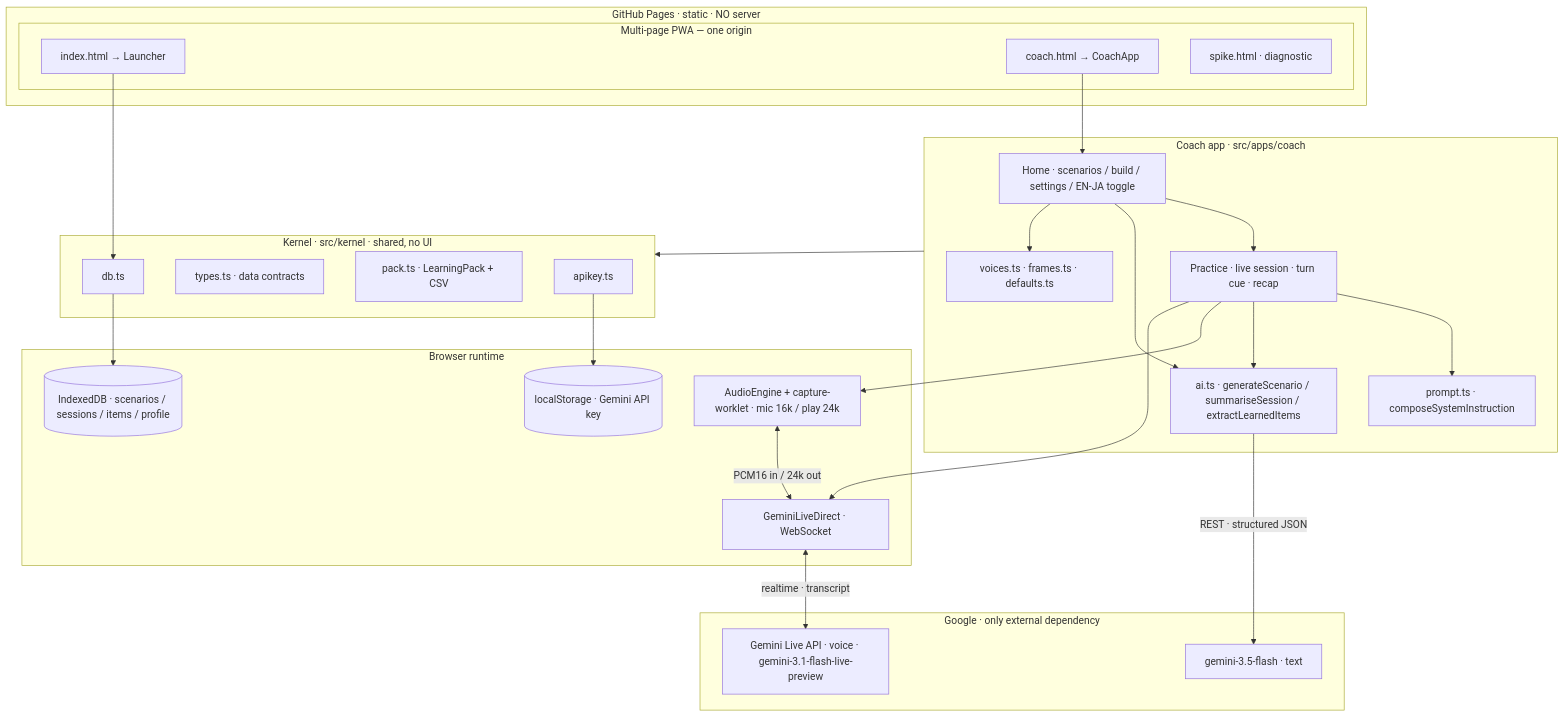
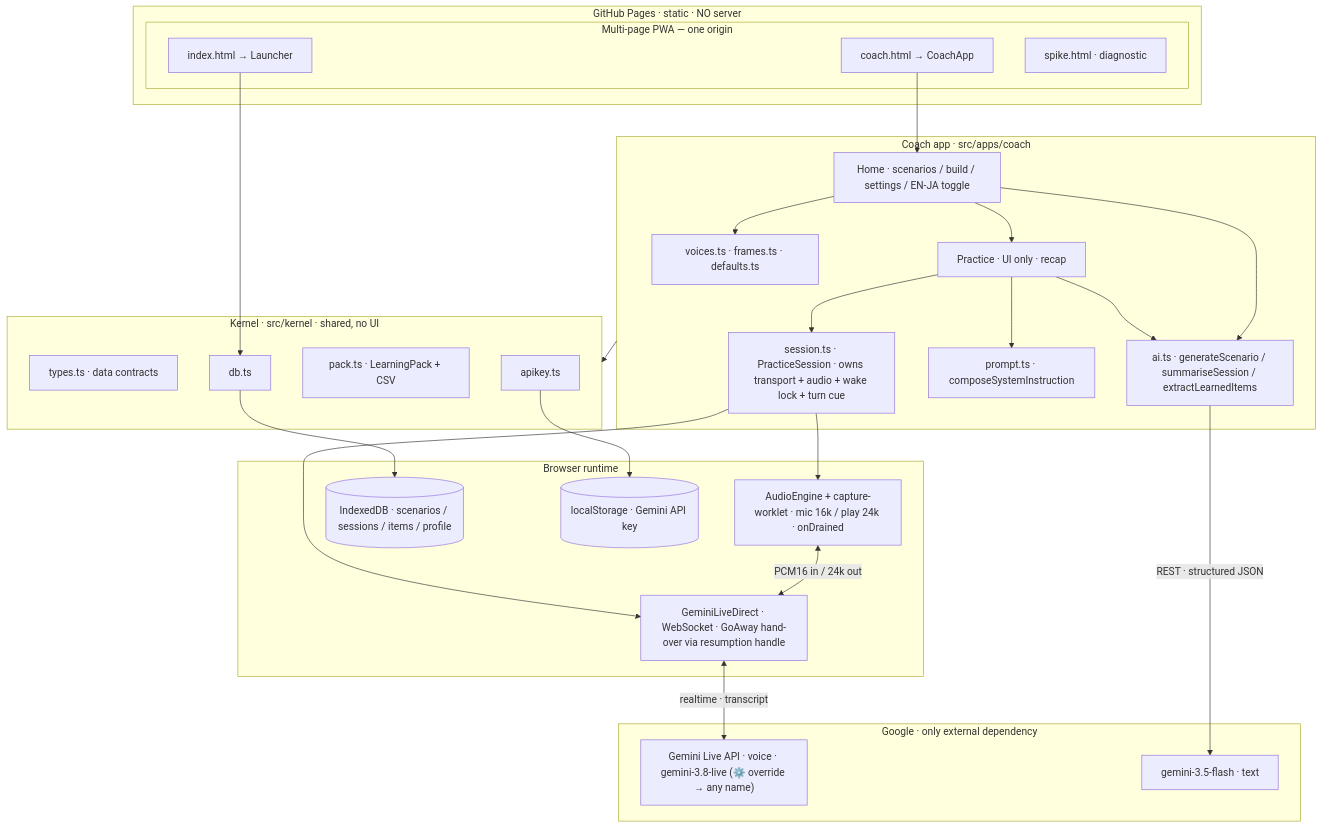
Before and after one commit to ZeroAlcoholic/eng-coach: the first of 3 diagrams in ARCHITECTURE.md, drawn with Mermaid. The commit also changed other lines of this file and 9 other files, not shown here.

````diff
--- a/ARCHITECTURE.md
+++ b/ARCHITECTURE.md
@@ -9,48 +9,50 @@
 ```mermaid
 flowchart TB
   subgraph Host["GitHub Pages · static · NO server"]
     subgraph Pages["Multi-page PWA — one origin"]
       L["index.html → Launcher"]
       C["coach.html → CoachApp"]
       Sp["spike.html · diagnostic"]
     end
   end
 
   subgraph Coach["Coach app · src/apps/coach"]
     Home["Home · scenarios / build / settings / EN-JA toggle"]
-    Practice["Practice · live session · turn cue · recap"]
+    Practice["Practice · UI only · recap"]
+    Session["session.ts · PracticeSession · owns transport + audio + wake lock + turn cue"]
     Prompt["prompt.ts · composeSystemInstruction"]
     AI["ai.ts · generateScenario / summariseSession / extractLearnedItems"]
     Content["voices.ts · frames.ts · defaults.ts"]
   end
 
   subgraph Kernel["Kernel · src/kernel · shared, no UI"]
     Types["types.ts · data contracts"]
     DB["db.ts"]
     Pack["pack.ts · LearningPack + CSV"]
     Key["apikey.ts"]
   end
 
   subgraph Runtime["Browser runtime"]
-    Audio["AudioEngine + capture-worklet · mic 16k / play 24k"]
-    Direct["GeminiLiveDirect · WebSocket"]
+    Audio["AudioEngine + capture-worklet · mic 16k / play 24k · onDrained"]
+    Direct["GeminiLiveDirect · WebSocket · GoAway hand-over via resumption handle"]
     IDB[("IndexedDB · scenarios / sessions / items / profile")]
     LS[("localStorage · Gemini API key")]
   end
 
   subgraph Ext["Google · only external dependency"]
-    Live["Gemini Live API · voice · gemini-3.1-flash-live-preview"]
+    Live["Gemini Live API · voice · gemini-3.8-live (⚙️ override → any name)"]
     Flash["gemini-3.5-flash · text"]
   end
 
   C --> Home --> Practice
-  Practice --> Prompt & AI & Audio & Direct
+  Practice --> Prompt & AI & Session
+  Session --> Audio & Direct
   Home --> AI & Content
   Coach --> Kernel
   DB --> IDB
   Key --> LS
   Audio <-->|"PCM16 in / 24k out"| Direct
   Direct <-->|"realtime · transcript"| Live
   AI -->|"REST · structured JSON"| Flash
   L --> DB
 ```
````
